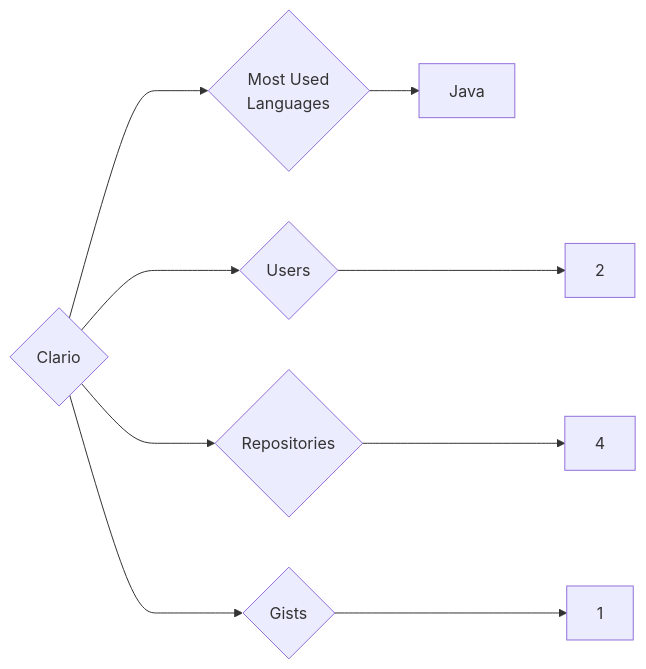
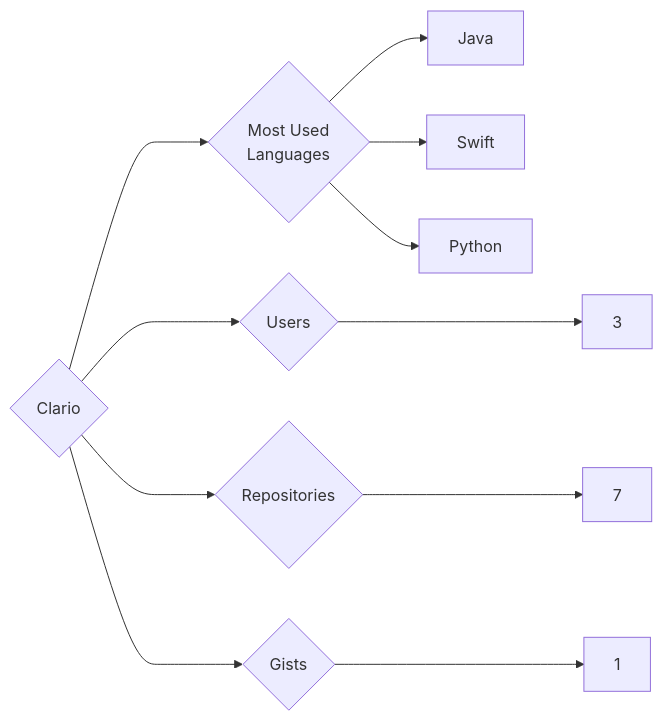
Before and after one commit to trickest/insiders: the diagram in targets/Clario/README.md, drawn with Mermaid. The commit also changed 988 other files, not shown here.

````diff
--- a/targets/Clario/README.md
+++ b/targets/Clario/README.md
@@ -3,9 +3,11 @@
 ```mermaid
 graph LR
 COMPANY_NAME{Clario}
-COMPANY_NAME ---> U{Users} ---> UN[2]
-COMPANY_NAME ---> R{Repositories} ---> RN[4]
+COMPANY_NAME ---> U{Users} ---> UN[3]
+COMPANY_NAME ---> R{Repositories} ---> RN[7]
 COMPANY_NAME ---> G{Gists} ---> GN[1]
 COMPANY_NAME ---> ML{Most Used<br>Languages}
 ML --> Java[Java]
+ML --> Swift[Swift]
+ML --> Python[Python]
 ```
````
